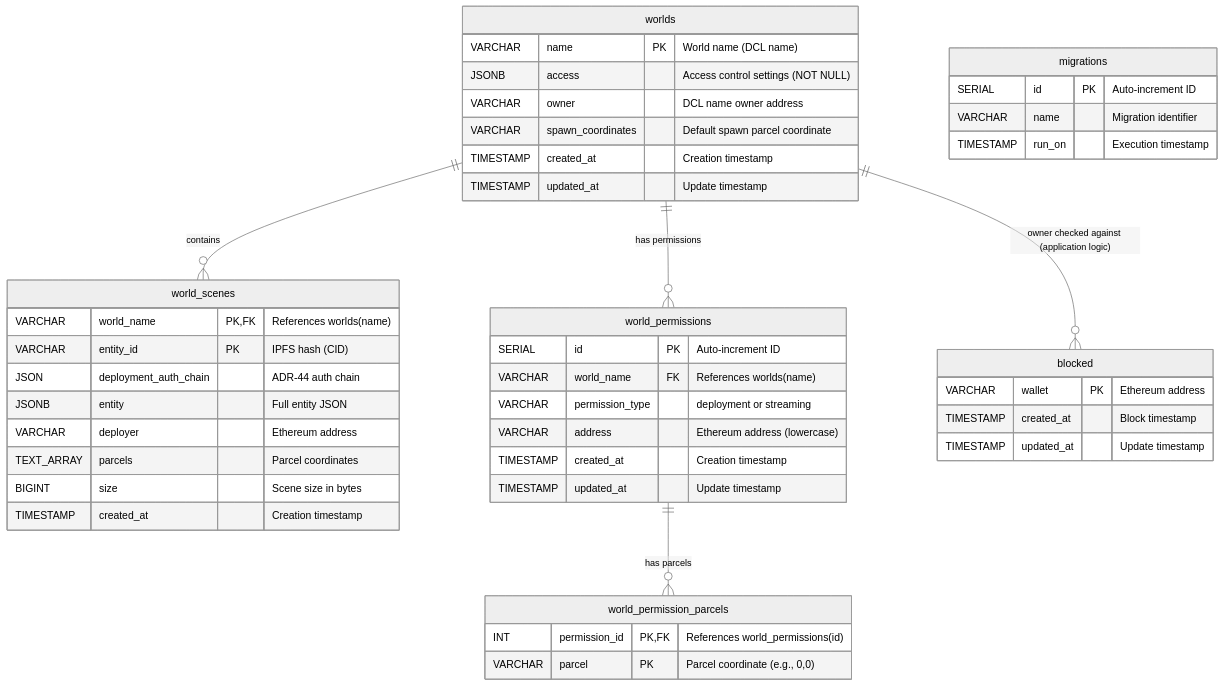
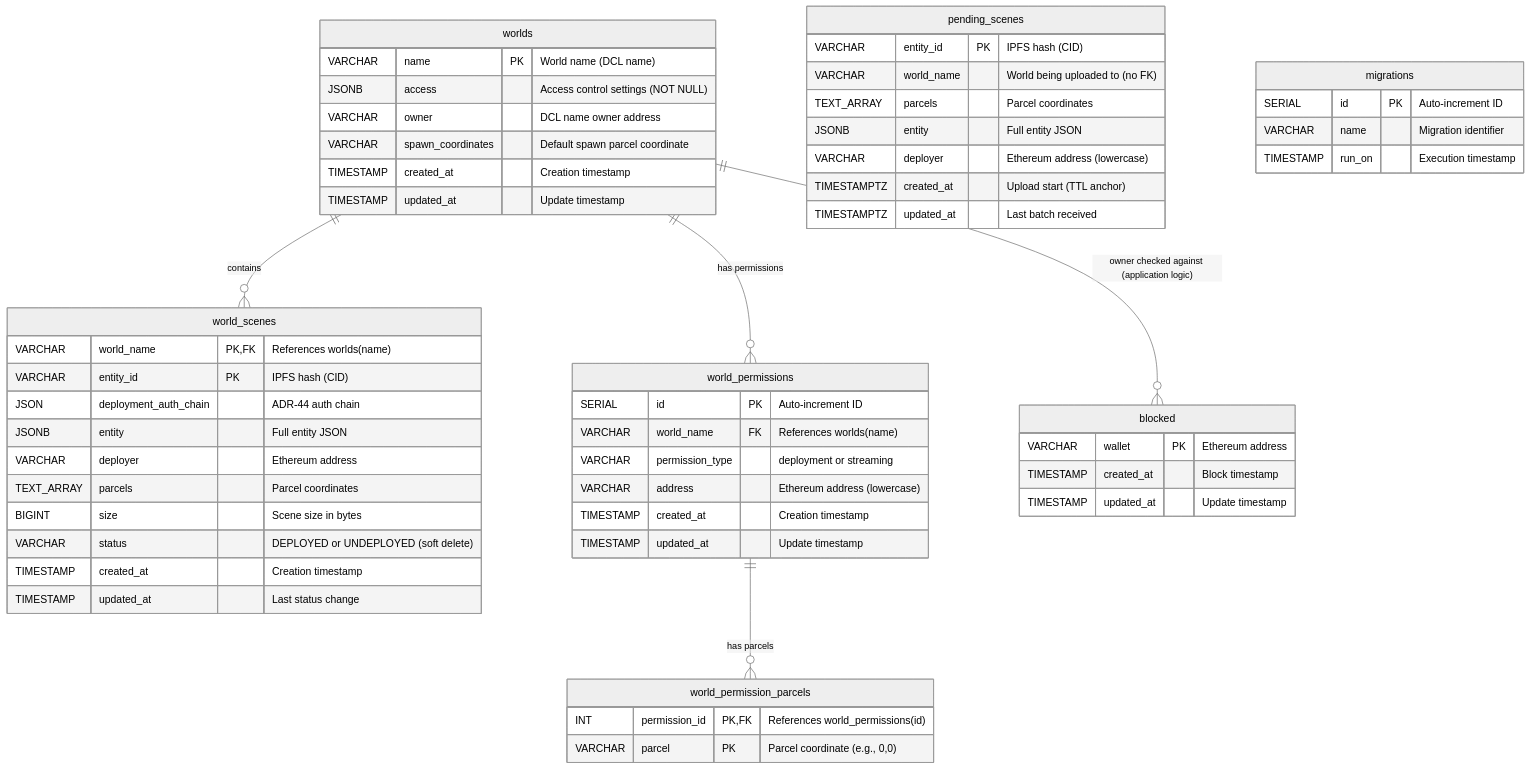
Before and after one commit to decentraland/worlds-content-server: the diagram in docs/database-schema.md, drawn with Mermaid (neutral theme). The commit also changed other lines of this file and 99 other files, not shown here.

````diff
--- a/docs/database-schema.md
+++ b/docs/database-schema.md
@@ -20,53 +74,65 @@
 ```mermaid
 erDiagram
     worlds {
         VARCHAR name PK "World name (DCL name)"
         JSONB access "Access control settings (NOT NULL)"
         VARCHAR owner "DCL name owner address"
         VARCHAR spawn_coordinates "Default spawn parcel coordinate"
         TIMESTAMP created_at "Creation timestamp"
         TIMESTAMP updated_at "Update timestamp"
     }
 
     world_scenes {
         VARCHAR world_name PK,FK "References worlds(name)"
         VARCHAR entity_id PK "IPFS hash (CID)"
         JSON deployment_auth_chain "ADR-44 auth chain"
         JSONB entity "Full entity JSON"
         VARCHAR deployer "Ethereum address"
         TEXT_ARRAY parcels "Parcel coordinates"
         BIGINT size "Scene size in bytes"
+        VARCHAR status "DEPLOYED or UNDEPLOYED (soft delete)"
         TIMESTAMP created_at "Creation timestamp"
+        TIMESTAMP updated_at "Last status change"
+    }
+
+    pending_scenes {
+        VARCHAR entity_id PK "IPFS hash (CID)"
+        VARCHAR world_name "World being uploaded to (no FK)"
+        TEXT_ARRAY parcels "Parcel coordinates"
+        JSONB entity "Full entity JSON"
+        VARCHAR deployer "Ethereum address (lowercase)"
+        TIMESTAMPTZ created_at "Upload start (TTL anchor)"
+        TIMESTAMPTZ updated_at "Last batch received"
     }
 
     world_permissions {
         SERIAL id PK "Auto-increment ID"
         VARCHAR world_name FK "References worlds(name)"
         VARCHAR permission_type "deployment or streaming"
         VARCHAR address "Ethereum address (lowercase)"
         TIMESTAMP created_at "Creation timestamp"
         TIMESTAMP updated_at "Update timestamp"
     }
 
     world_permission_parcels {
         INT permission_id PK,FK "References world_permissions(id)"
         VARCHAR parcel PK "Parcel coordinate (e.g., 0,0)"
     }
 
     blocked {
         VARCHAR wallet PK "Ethereum address"
         TIMESTAMP created_at "Block timestamp"
         TIMESTAMP updated_at "Update timestamp"
     }
 
     migrations {
         SERIAL id PK "Auto-increment ID"
         VARCHAR name "Migration identifier"
         TIMESTAMP run_on "Execution timestamp"
     }
 
     worlds ||--o{ world_scenes : "contains"
     worlds ||--o{ world_permissions : "has permissions"
     world_permissions ||--o{ world_permission_parcels : "has parcels"
     worlds ||--o{ blocked : "owner checked against (application logic)"
 ```
````
